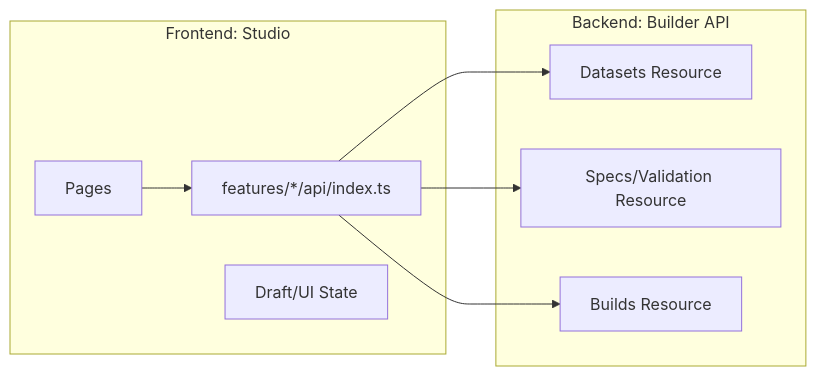
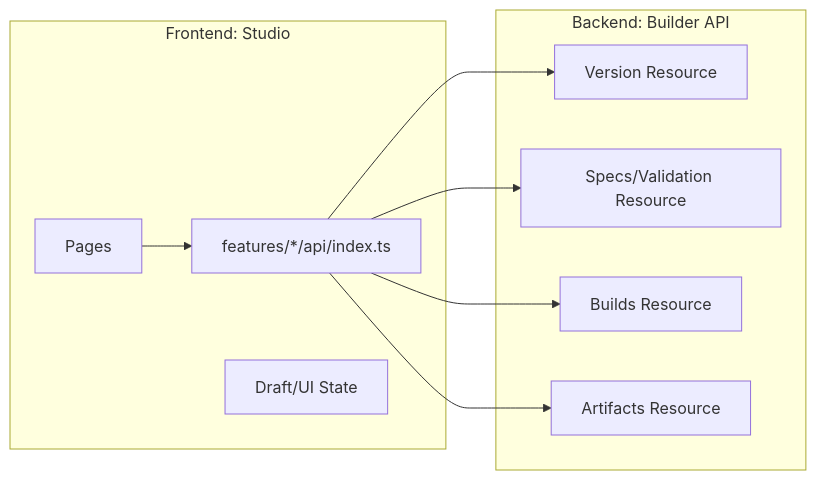
Before and after one commit to yeongseon/kpubdata-studio: the first of 3 diagrams in API_CONTRACT.md, drawn with Mermaid. The commit also changed other lines of this file and 4 other files, not shown here.

````diff
--- a/API_CONTRACT.md
+++ b/API_CONTRACT.md
@@ -6,19 +6,21 @@
 ```mermaid
 graph LR
     subgraph Studio [Frontend: Studio]
         UI[Pages]
         FeatureAPI[features/*/api/index.ts]
         State[Draft/UI State]
     end
 
     subgraph API [Backend: Builder API]
-        Datasets[Datasets Resource]
+        Version[Version Resource]
         Specs[Specs/Validation Resource]
         Builds[Builds Resource]
+        Artifacts[Artifacts Resource]
     end
 
     UI --> FeatureAPI
-    FeatureAPI --> Datasets
+    FeatureAPI --> Version
     FeatureAPI --> Specs
     FeatureAPI --> Builds
+    FeatureAPI --> Artifacts
 ```
````
